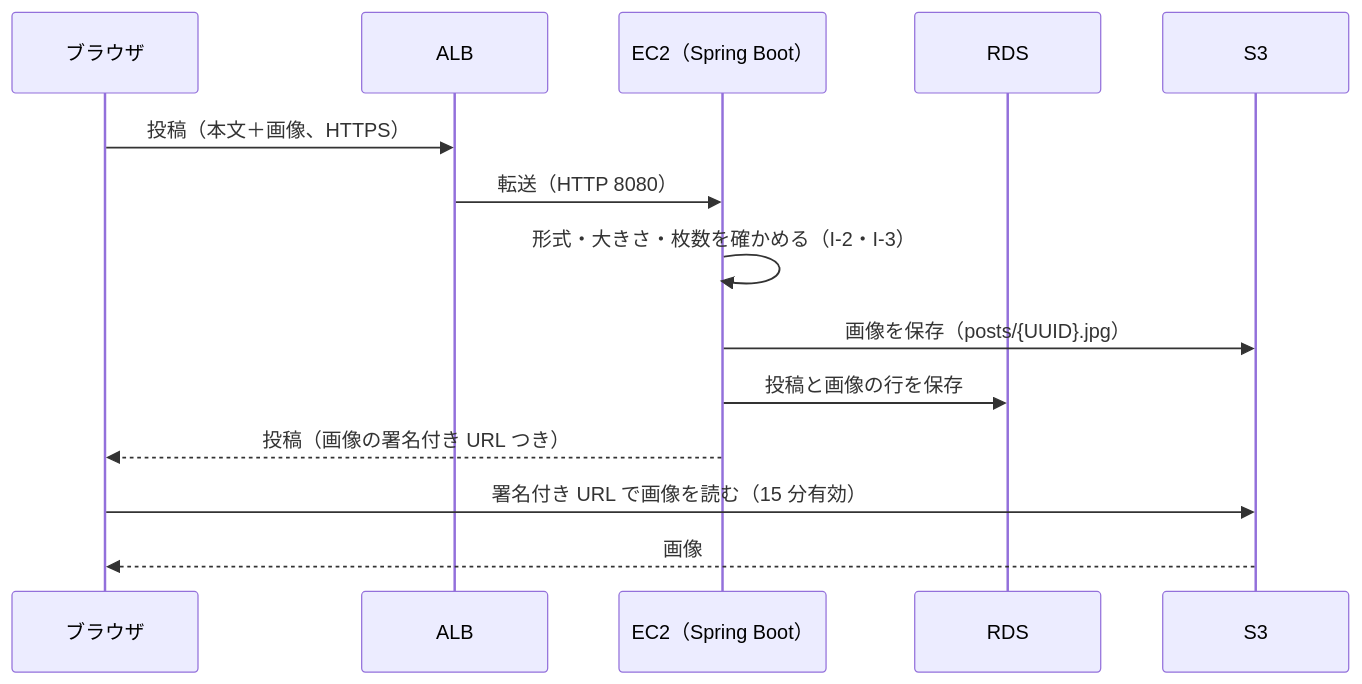
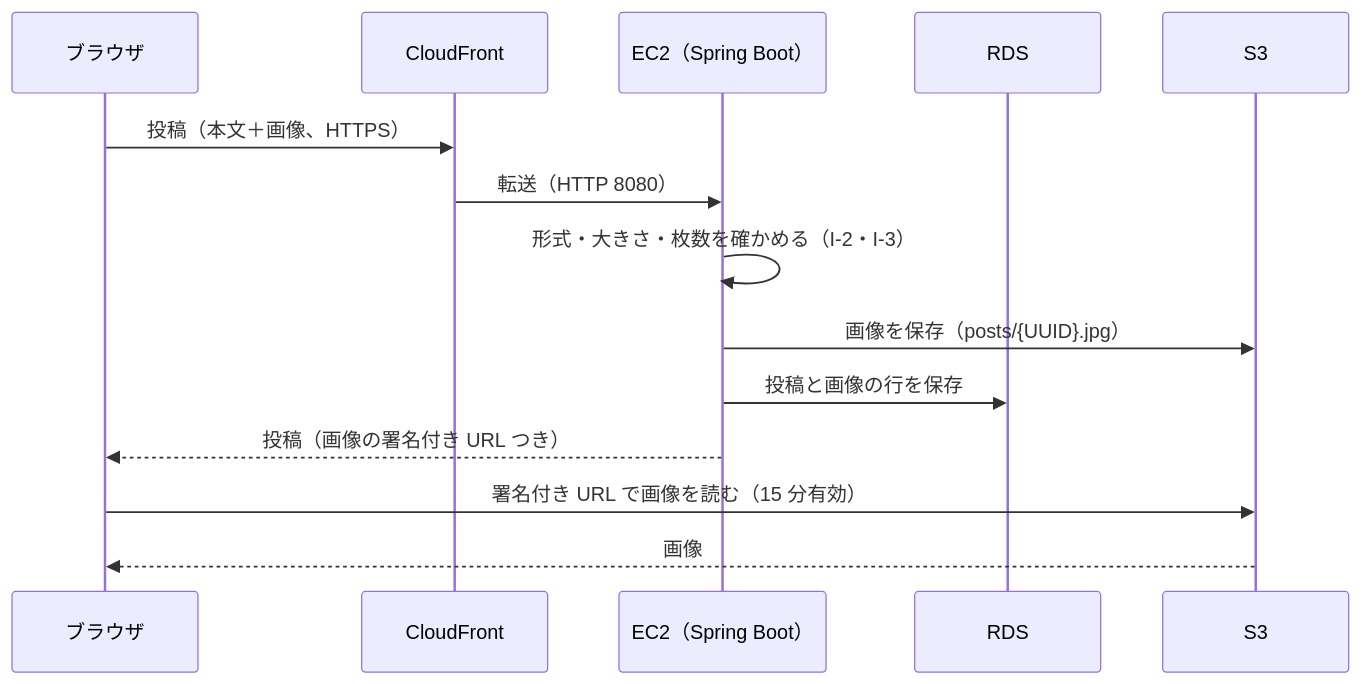
Before and after one commit to y0408e0301-star/raise-timeline: the second of 2 diagrams in docs/design/infra-design.md, drawn with Mermaid. The commit also changed other lines of this file and 8 other files, not shown here.

First line of the commit message:
公開の構成から ALB をなくし、CloudFront → EC2 にする (#40)

````diff
--- a/docs/design/infra-design.md
+++ b/docs/design/infra-design.md
@@ -132,17 +131,17 @@
 ```mermaid
 sequenceDiagram
     participant B as ブラウザ
-    participant A as ALB
+    participant C as CloudFront
     participant E as EC2（Spring Boot）
     participant D as RDS
     participant S as S3
 
-    B->>A: 投稿（本文＋画像、HTTPS）
-    A->>E: 転送（HTTP 8080）
+    B->>C: 投稿（本文＋画像、HTTPS）
+    C->>E: 転送（HTTP 8080）
     E->>E: 形式・大きさ・枚数を確かめる（I-2・I-3）
     E->>S: 画像を保存（posts/{UUID}.jpg）
     E->>D: 投稿と画像の行を保存
     E-->>B: 投稿（画像の署名付き URL つき）
     B->>S: 署名付き URL で画像を読む（15 分有効）
     S-->>B: 画像
 ```
````
